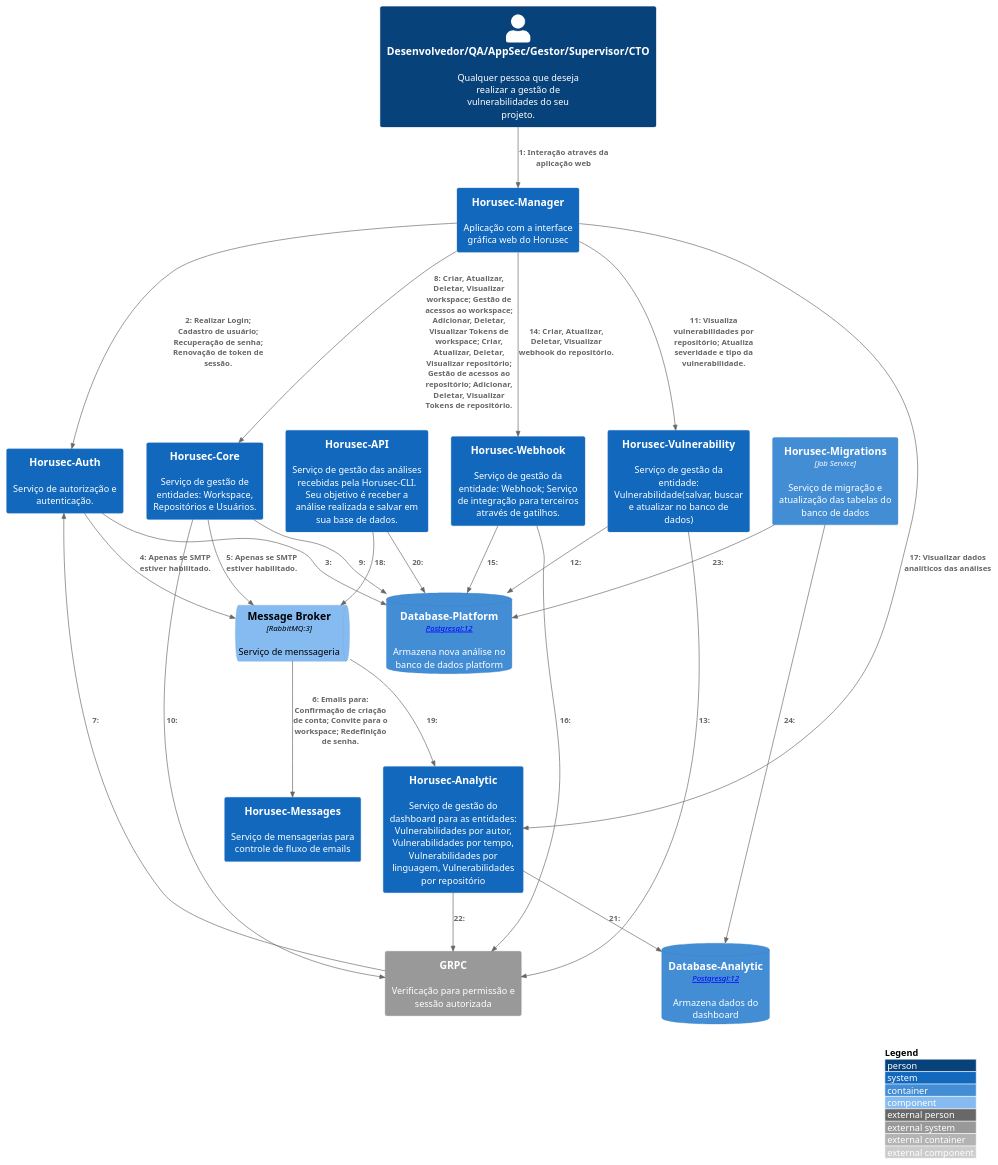
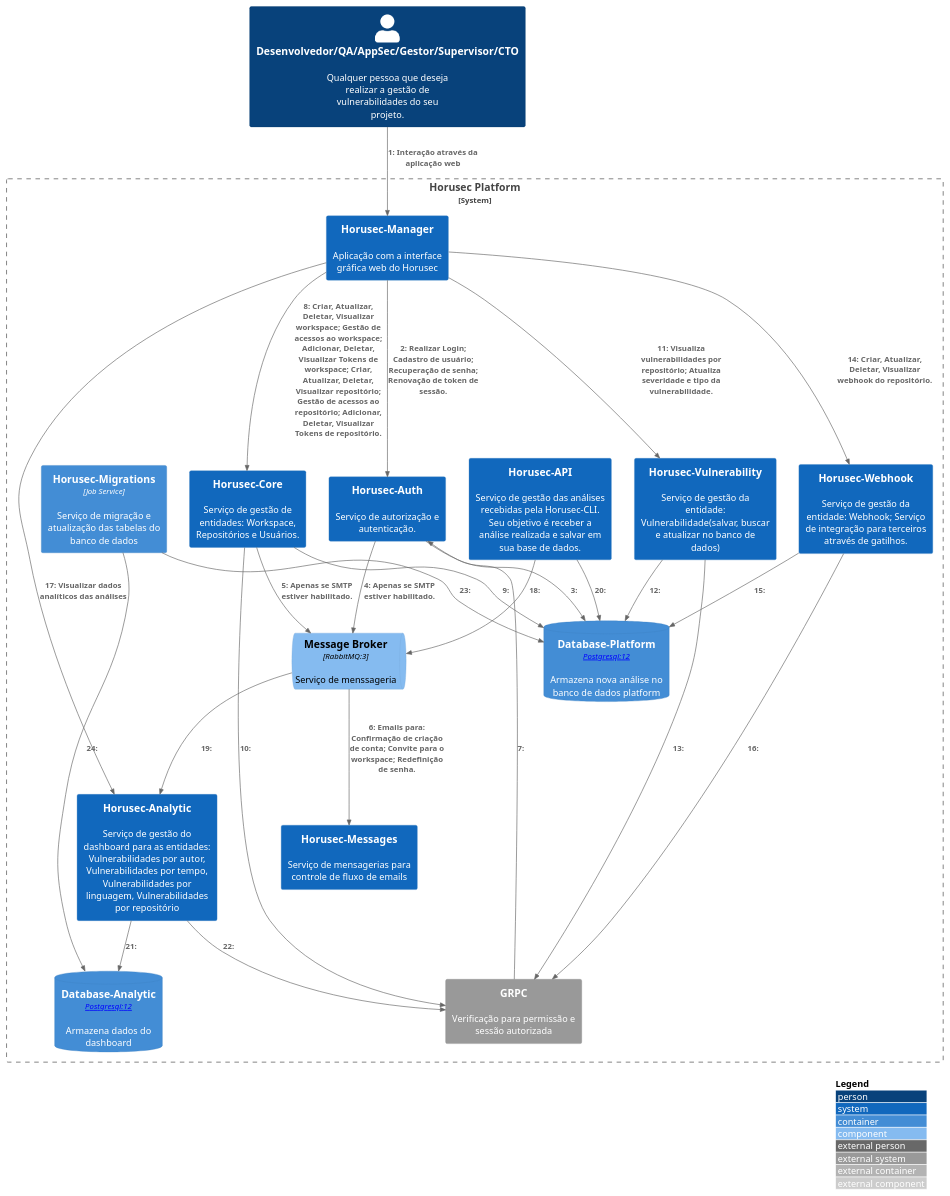
The diagram in src/Horusec-Platform/C2-Model/c2.puml (ZupIT/horusec-c4model), drawn with PlantUML before and after one commit. The commit also changed 27 other files, not shown here.

```diff
--- a/src/Horusec-Platform/C2-Model/c2.puml
+++ b/src/Horusec-Platform/C2-Model/c2.puml
@@ -1,49 +1,52 @@
 @startuml horusec-platform-c2
 !include https://raw.githubusercontent.com/adrianvlupu/C4-PlantUML/latest/C4_Context.puml
 !include https://raw.githubusercontent.com/adrianvlupu/C4-PlantUML/latest/C4_Component.puml
 !include https://raw.githubusercontent.com/adrianvlupu/C4-PlantUML/latest/C4_Container.puml
 !include https://raw.githubusercontent.com/adrianvlupu/C4-PlantUML/latest/C4_Deployment.puml
 !include https://raw.githubusercontent.com/adrianvlupu/C4-PlantUML/latest/C4_Dynamic.puml
 
 LAYOUT_WITH_LEGEND()
 Person(user, "Desenvolvedor/QA/AppSec/Gestor/Supervisor/CTO", "Qualquer pessoa que deseja realizar a gestão de vulnerabilidades do seu projeto.")
-System(HorusecManager, "Horusec-Manager", "Aplicação com a interface gráfica web do Horusec")
-System(HorusecAuth, "Horusec-Auth", "Serviço de autorização e autenticação.")
-System(HorusecCore, "Horusec-Core", "Serviço de gestão de entidades: Workspace, Repositórios e Usuários.")
-System(HorusecVulnerability, "Horusec-Vulnerability", "Serviço de gestão da entidade: Vulnerabilidade(salvar, buscar e atualizar no banco de dados)")
-System(HorusecWebhook, "Horusec-Webhook", "Serviço de gestão da entidade: Webhook; Serviço de integração para terceiros através de gatilhos.")
-System(HorusecAnalytic, "Horusec-Analytic", "Serviço de gestão do dashboard para as entidades: Vulnerabilidades por autor, Vulnerabilidades por tempo, Vulnerabilidades por linguagem, Vulnerabilidades por repositório")
-System(HorusecAPI, "Horusec-API", "Serviço de gestão das análises recebidas pela Horusec-CLI. Seu objetivo é receber a análise realizada e salvar em sua base de dados.")
-System_Ext(HorusecGRPC, "GRPC", "Verificação para permissão e sessão autorizada")
-Container(HorusecMigrations, "Horusec-Migrations", "Job Service", "Serviço de migração e atualização das tabelas do banco de dados")
-System(HorusecMessages, "Horusec-Messages", "Serviço de mensagerias para controle de fluxo de emails")
-ComponentQueue(HorusecRabbitMQ, "Message Broker", "RabbitMQ:3", "Serviço de menssageria")
-ContainerDb(HorusecPlatformDatabase, "Database-Platform", "[Container: Postgresql:12]", "Armazena nova análise no banco de dados platform")
-ContainerDb(HorusecAnalyticDatabase, "Database-Analytic", "[Container: Postgresql:12]", "Armazena dados do dashboard")
+
+System_Boundary(horusecPlatform, "Horusec Platform") {
+  System(HorusecManager, "Horusec-Manager", "Aplicação com a interface gráfica web do Horusec")
+  System(HorusecAuth, "Horusec-Auth", "Serviço de autorização e autenticação.")
+  System(HorusecCore, "Horusec-Core", "Serviço de gestão de entidades: Workspace, Repositórios e Usuários.")
+  System(HorusecVulnerability, "Horusec-Vulnerability", "Serviço de gestão da entidade: Vulnerabilidade(salvar, buscar e atualizar no banco de dados)")
+  System(HorusecWebhook, "Horusec-Webhook", "Serviço de gestão da entidade: Webhook; Serviço de integração para terceiros através de gatilhos.")
+  System(HorusecAnalytic, "Horusec-Analytic", "Serviço de gestão do dashboard para as entidades: Vulnerabilidades por autor, Vulnerabilidades por tempo, Vulnerabilidades por linguagem, Vulnerabilidades por repositório")
+  System(HorusecAPI, "Horusec-API", "Serviço de gestão das análises recebidas pela Horusec-CLI. Seu objetivo é receber a análise realizada e salvar em sua base de dados.")
+  System_Ext(HorusecGRPC, "GRPC", "Verificação para permissão e sessão autorizada")
+  Container(HorusecMigrations, "Horusec-Migrations", "Job Service", "Serviço de migração e atualização das tabelas do banco de dados")
+  System(HorusecMessages, "Horusec-Messages", "Serviço de mensagerias para controle de fluxo de emails")
+  ComponentQueue(HorusecRabbitMQ, "Message Broker", "RabbitMQ:3", "Serviço de menssageria")
+  ContainerDb(HorusecPlatformDatabase, "Database-Platform", "[Container: Postgresql:12]", "Armazena nova análise no banco de dados platform")
+  ContainerDb(HorusecAnalyticDatabase, "Database-Analytic", "[Container: Postgresql:12]", "Armazena dados do dashboard")
+}
 
 Rel(user, HorusecManager, "Interação através da aplicação web")
 Rel(HorusecManager, HorusecAuth, "Realizar Login; Cadastro de usuário; Recuperação de senha; Renovação de token de sessão.")
 Rel(HorusecAuth, HorusecPlatformDatabase, "")
 Rel(HorusecAuth, HorusecRabbitMQ, "Apenas se SMTP estiver habilitado.")
 Rel(HorusecCore, HorusecRabbitMQ, "Apenas se SMTP estiver habilitado.")
 Rel(HorusecRabbitMQ, HorusecMessages, "Emails para: Confirmação de criação de conta; Convite para o workspace; Redefinição de senha.")
 Rel(HorusecGRPC, HorusecAuth, "")
 Rel(HorusecManager, HorusecCore, "Criar, Atualizar, Deletar, Visualizar workspace; Gestão de acessos ao workspace; Adicionar, Deletar, Visualizar Tokens de workspace; Criar, Atualizar, Deletar, Visualizar repositório; Gestão de acessos ao repositório; Adicionar, Deletar, Visualizar Tokens de repositório.")
 Rel(HorusecCore, HorusecPlatformDatabase, "")
 Rel(HorusecCore, HorusecGRPC, "")
 Rel(HorusecManager, HorusecVulnerability, "Visualiza vulnerabilidades por repositório; Atualiza severidade e tipo da vulnerabilidade.")
 Rel(HorusecVulnerability, HorusecPlatformDatabase, "")
 Rel(HorusecVulnerability, HorusecGRPC, "")
 Rel(HorusecManager, HorusecWebhook, "Criar, Atualizar, Deletar, Visualizar webhook do repositório.")
 Rel(HorusecWebhook, HorusecPlatformDatabase, "")
 Rel(HorusecWebhook, HorusecGRPC, "")
 Rel(HorusecManager, HorusecAnalytic, "Visualizar dados analíticos das análises")
 Rel(HorusecAPI, HorusecRabbitMQ, "")
 Rel(HorusecRabbitMQ, HorusecAnalytic, "")
 Rel(HorusecAPI, HorusecPlatformDatabase, "")
 Rel(HorusecAnalytic, HorusecAnalyticDatabase, "")
 Rel(HorusecAnalytic, HorusecGRPC, "")
 Rel(HorusecMigrations, HorusecPlatformDatabase, "")
 Rel(HorusecMigrations, HorusecAnalyticDatabase, "")
 
 @enduml
```
